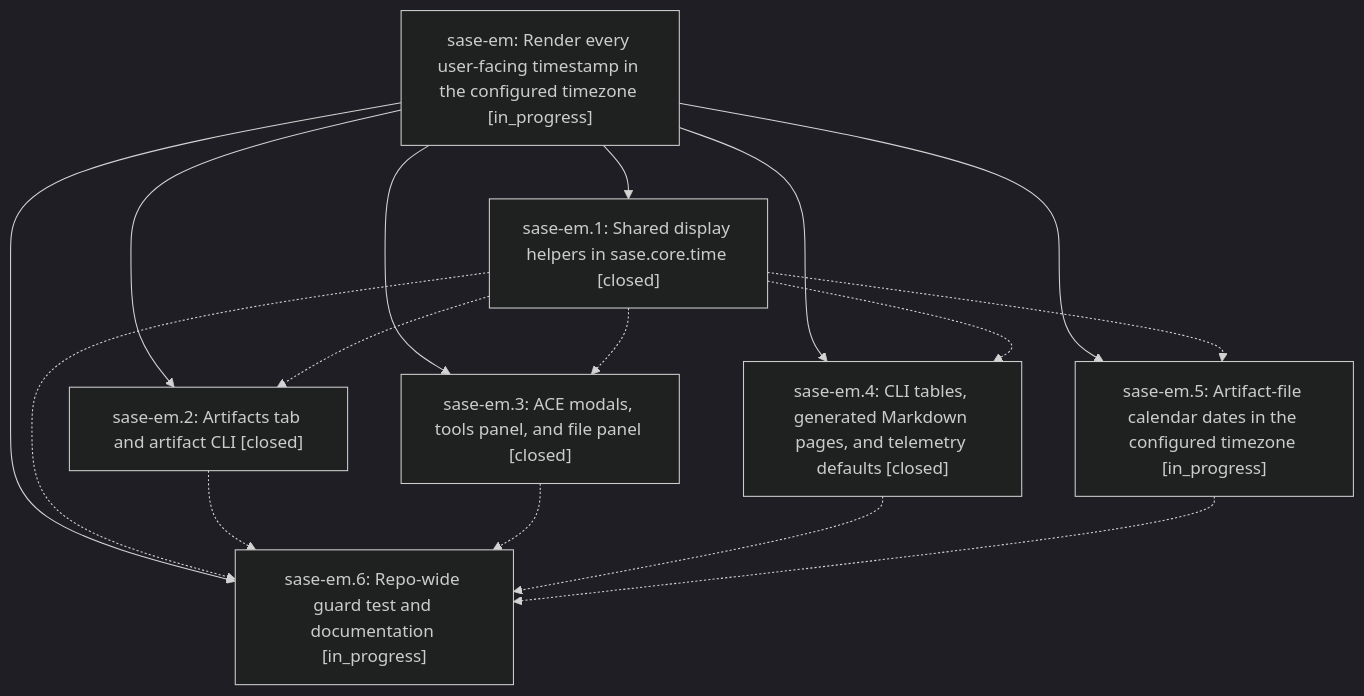
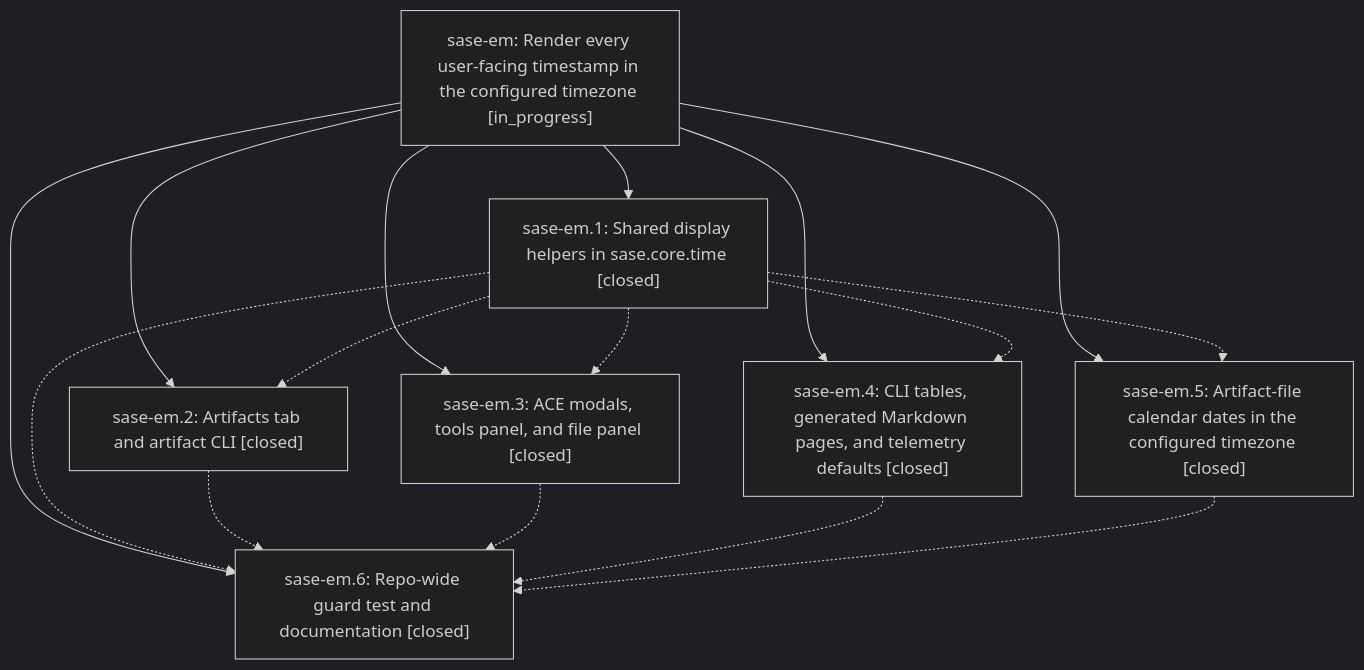
The diagram in pages/sase-em/README.md (sase-org/sase--beads), drawn with Mermaid (dark theme) before and after one commit. The commit also changed other lines of this file and 6 other files, not shown here.

````diff
--- a/pages/sase-em/README.md
+++ b/pages/sase-em/README.md
@@ -27,25 +27,25 @@
 ```mermaid
 flowchart TD
     n0["sase-em: Render every user-facing timestamp in the configured timezone [in_progress]"]
     n1["sase-em.1: Shared display helpers in sase.core.time [closed]"]
     n2["sase-em.2: Artifacts tab and artifact CLI [closed]"]
     n3["sase-em.3: ACE modals, tools panel, and file panel [closed]"]
     n4["sase-em.4: CLI tables, generated Markdown pages, and telemetry defaults [closed]"]
-    n5["sase-em.5: Artifact-file calendar dates in the configured timezone [in_progress]"]
-    n6["sase-em.6: Repo-wide guard test and documentation [in_progress]"]
+    n5["sase-em.5: Artifact-file calendar dates in the configured timezone [closed]"]
+    n6["sase-em.6: Repo-wide guard test and documentation [closed]"]
     n0 --> n1
     n0 --> n2
     n0 --> n3
     n0 --> n4
     n0 --> n5
     n0 --> n6
     n1 -.-> n2
     n1 -.-> n3
     n1 -.-> n4
     n1 -.-> n5
     n1 -.-> n6
     n2 -.-> n6
     n3 -.-> n6
     n4 -.-> n6
     n5 -.-> n6
 ```
````
